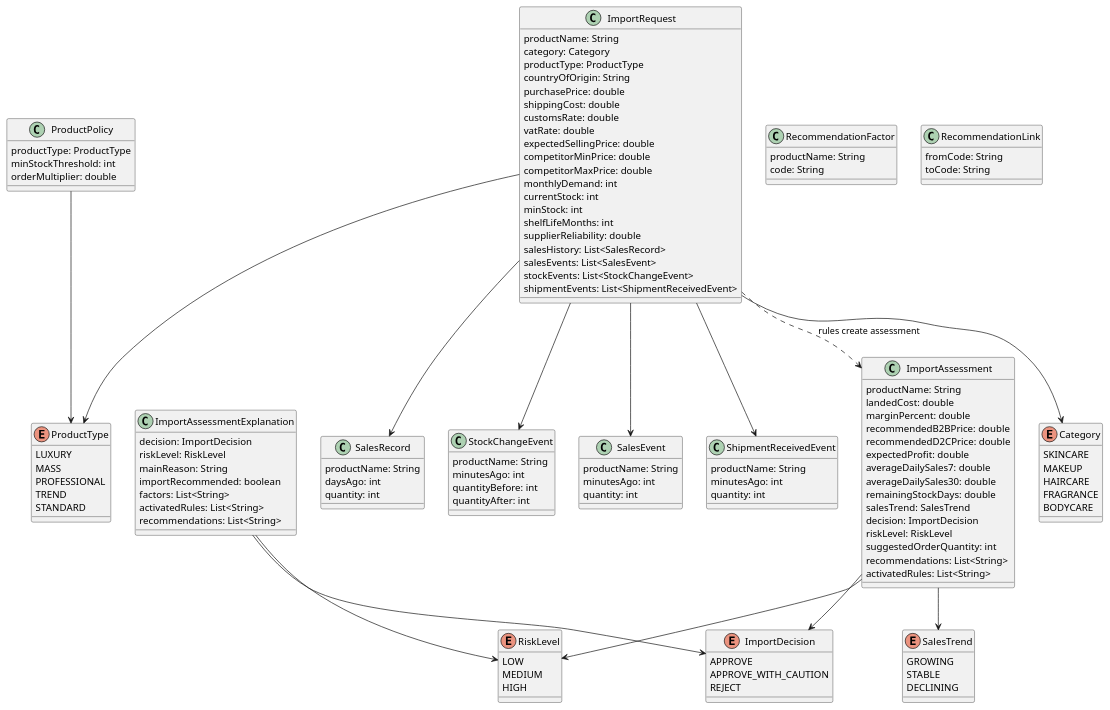
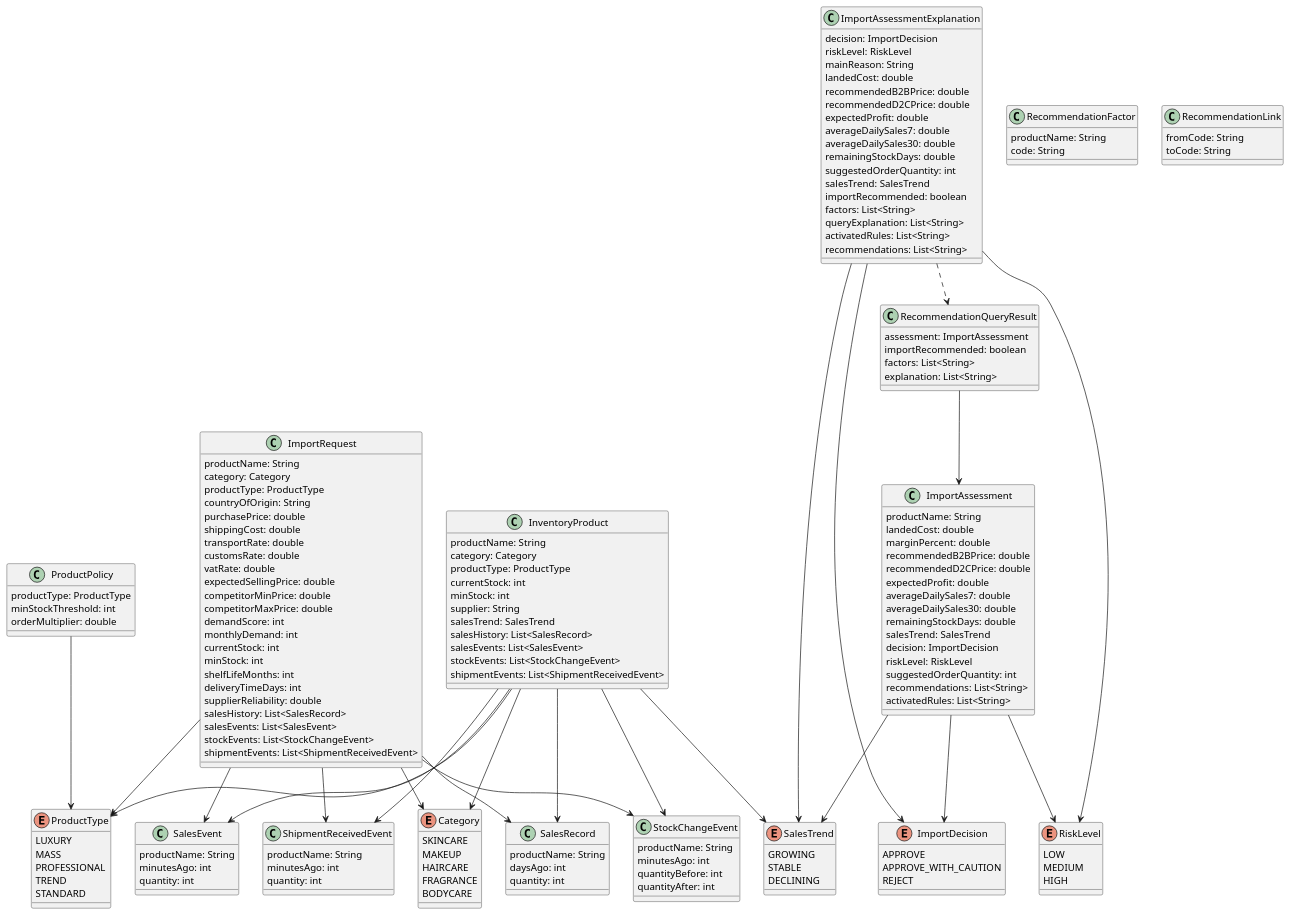
The diagram in docs/class-diagram.puml (teodorabelic/cosmetics-import-kbs), drawn with PlantUML before and after one commit. The commit also changed 29 other files, not shown here.

```diff
--- a/docs/class-diagram.puml
+++ b/docs/class-diagram.puml
@@ -1,143 +1,192 @@
 @startuml
 skinparam classAttributeIconSize 0
 
 class ImportRequest {
   productName: String
   category: Category
   productType: ProductType
   countryOfOrigin: String
   purchasePrice: double
   shippingCost: double
+  transportRate: double
   customsRate: double
   vatRate: double
   expectedSellingPrice: double
   competitorMinPrice: double
   competitorMaxPrice: double
+  demandScore: int
   monthlyDemand: int
   currentStock: int
   minStock: int
   shelfLifeMonths: int
+  deliveryTimeDays: int
   supplierReliability: double
+  salesHistory: List<SalesRecord>
+  salesEvents: List<SalesEvent>
+  stockEvents: List<StockChangeEvent>
+  shipmentEvents: List<ShipmentReceivedEvent>
+}
+
+class InventoryProduct {
+  productName: String
+  category: Category
+  productType: ProductType
+  currentStock: int
+  minStock: int
+  supplier: String
+  salesTrend: SalesTrend
   salesHistory: List<SalesRecord>
   salesEvents: List<SalesEvent>
   stockEvents: List<StockChangeEvent>
   shipmentEvents: List<ShipmentReceivedEvent>
 }
 
 class ImportAssessment {
   productName: String
   landedCost: double
   marginPercent: double
   recommendedB2BPrice: double
   recommendedD2CPrice: double
   expectedProfit: double
   averageDailySales7: double
   averageDailySales30: double
   remainingStockDays: double
   salesTrend: SalesTrend
   decision: ImportDecision
   riskLevel: RiskLevel
   suggestedOrderQuantity: int
   recommendations: List<String>
   activatedRules: List<String>
+}
+
+class RecommendationQueryResult {
+  assessment: ImportAssessment
+  importRecommended: boolean
+  factors: List<String>
+  explanation: List<String>
+}
+
+class ImportAssessmentExplanation {
+  decision: ImportDecision
+  riskLevel: RiskLevel
+  mainReason: String
+  landedCost: double
+  recommendedB2BPrice: double
+  recommendedD2CPrice: double
+  expectedProfit: double
+  averageDailySales7: double
+  averageDailySales30: double
+  remainingStockDays: double
+  suggestedOrderQuantity: int
+  salesTrend: SalesTrend
+  importRecommended: boolean
+  factors: List<String>
+  queryExplanation: List<String>
+  activatedRules: List<String>
+  recommendations: List<String>
+}
+
+class ProductPolicy {
+  productType: ProductType
+  minStockThreshold: int
+  orderMultiplier: double
+}
+
+class RecommendationFactor {
+  productName: String
+  code: String
+}
+
+class RecommendationLink {
+  fromCode: String
+  toCode: String
 }
 
 enum Category {
   SKINCARE
   MAKEUP
   HAIRCARE
   FRAGRANCE
   BODYCARE
 }
 
 enum ProductType {
   LUXURY
   MASS
   PROFESSIONAL
   TREND
   STANDARD
 }
 
 enum SalesTrend {
   GROWING
   STABLE
   DECLINING
 }
 
 enum ImportDecision {
   APPROVE
   APPROVE_WITH_CAUTION
   REJECT
 }
 
 enum RiskLevel {
   LOW
   MEDIUM
   HIGH
 }
 
 class SalesRecord {
   productName: String
   daysAgo: int
   quantity: int
 }
 
 class StockChangeEvent {
   productName: String
   minutesAgo: int
   quantityBefore: int
   quantityAfter: int
 }
 
 class SalesEvent {
   productName: String
   minutesAgo: int
   quantity: int
 }
 
 class ShipmentReceivedEvent {
   productName: String
   minutesAgo: int
   quantity: int
 }
 
-class ProductPolicy {
-  productType: ProductType
-  minStockThreshold: int
-  orderMultiplier: double
-}
-
-class RecommendationFactor {
-  productName: String
-  code: String
-}
-
-class RecommendationLink {
-  fromCode: String
-  toCode: String
-}
-
-class ImportAssessmentExplanation {
-  decision: ImportDecision
-  riskLevel: RiskLevel
-  mainReason: String
-  importRecommended: boolean
-  factors: List<String>
-  activatedRules: List<String>
-  recommendations: List<String>
-}
-
 ImportRequest --> Category
 ImportRequest --> ProductType
 ImportRequest --> SalesRecord
 ImportRequest --> SalesEvent
 ImportRequest --> StockChangeEvent
 ImportRequest --> ShipmentReceivedEvent
+
+InventoryProduct --> Category
+InventoryProduct --> ProductType
+InventoryProduct --> SalesTrend
+InventoryProduct --> SalesRecord
+InventoryProduct --> SalesEvent
+InventoryProduct --> StockChangeEvent
+InventoryProduct --> ShipmentReceivedEvent
+
 ImportAssessment --> ImportDecision
 ImportAssessment --> RiskLevel
 ImportAssessment --> SalesTrend
+
+RecommendationQueryResult --> ImportAssessment
+
+ImportAssessmentExplanation ..> RecommendationQueryResult
 ImportAssessmentExplanation --> ImportDecision
 ImportAssessmentExplanation --> RiskLevel
+ImportAssessmentExplanation --> SalesTrend
+
 ProductPolicy --> ProductType
-ImportRequest ..> ImportAssessment : rules create assessment
+
 @enduml
```
